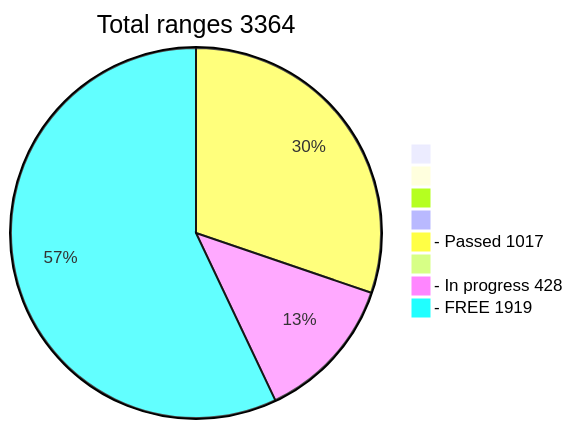
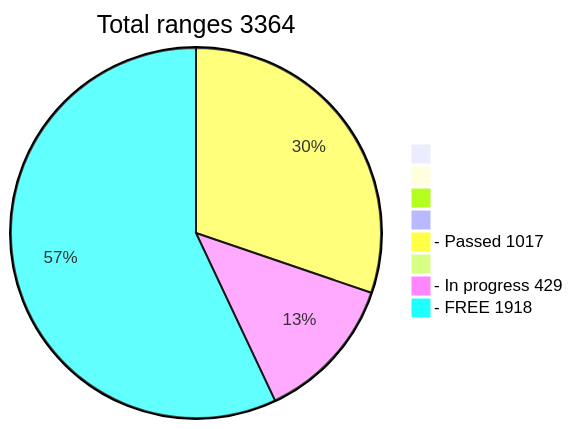
Before and after one commit to phrutis/wif500: the diagram in README.md, drawn with Mermaid.

````diff
--- a/README.md
+++ b/README.md
@@ -16,12 +16,12 @@
 ```mermaid
 pie title Total ranges 3364
              " " : 0
             "  " : 0
            "   " : 0
           "    " : 0
   "- Passed 1017" : 1017
          "     " : 0
-  "- In progress 428" : 428
-   "- FREE 1919" : 1919
+  "- In progress 429" : 429
+   "- FREE 1918" : 1918
    
 ```
````
